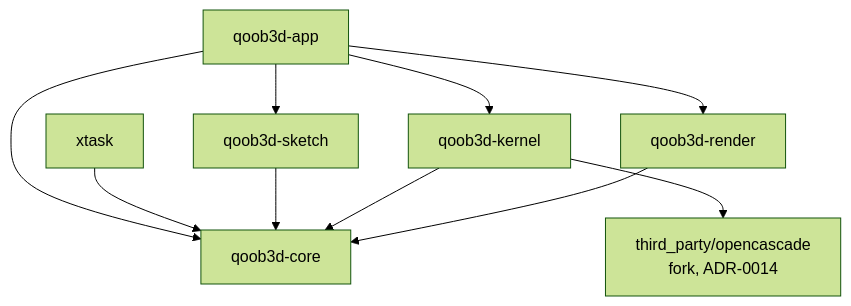
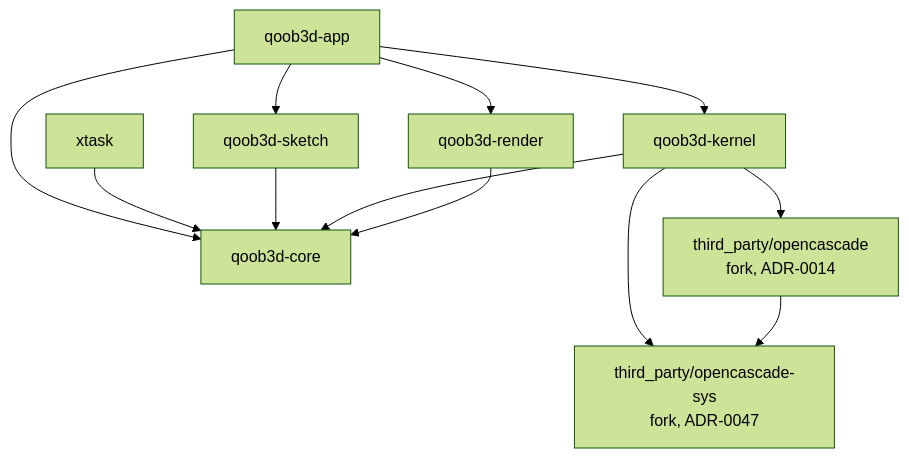
Before and after one commit to COQOON-labs/qoob3d: the second of 2 diagrams in docs/architecture.md, drawn with Mermaid (forest theme). The commit also changed 98 other files, not shown here.

First line of the commit message:
kernel: order the build script after OCCT via an opencascade-sys fork

````diff
--- a/docs/architecture.md
+++ b/docs/architecture.md
@@ -70,12 +70,14 @@
 ```mermaid
 flowchart TD
     app[qoob3d-app] --> core[qoob3d-core]
     app --> sketch[qoob3d-sketch]
     xtask[xtask] --> core
     sketch --> core
     app --> kernel[qoob3d-kernel]
     app --> render[qoob3d-render]
     kernel --> core
     render --> core
     kernel --> occ[third_party/opencascade<br/>fork, ADR-0014]
+    kernel --> occsys[third_party/opencascade-sys<br/>fork, ADR-0047]
+    occ --> occsys
 ```
````
